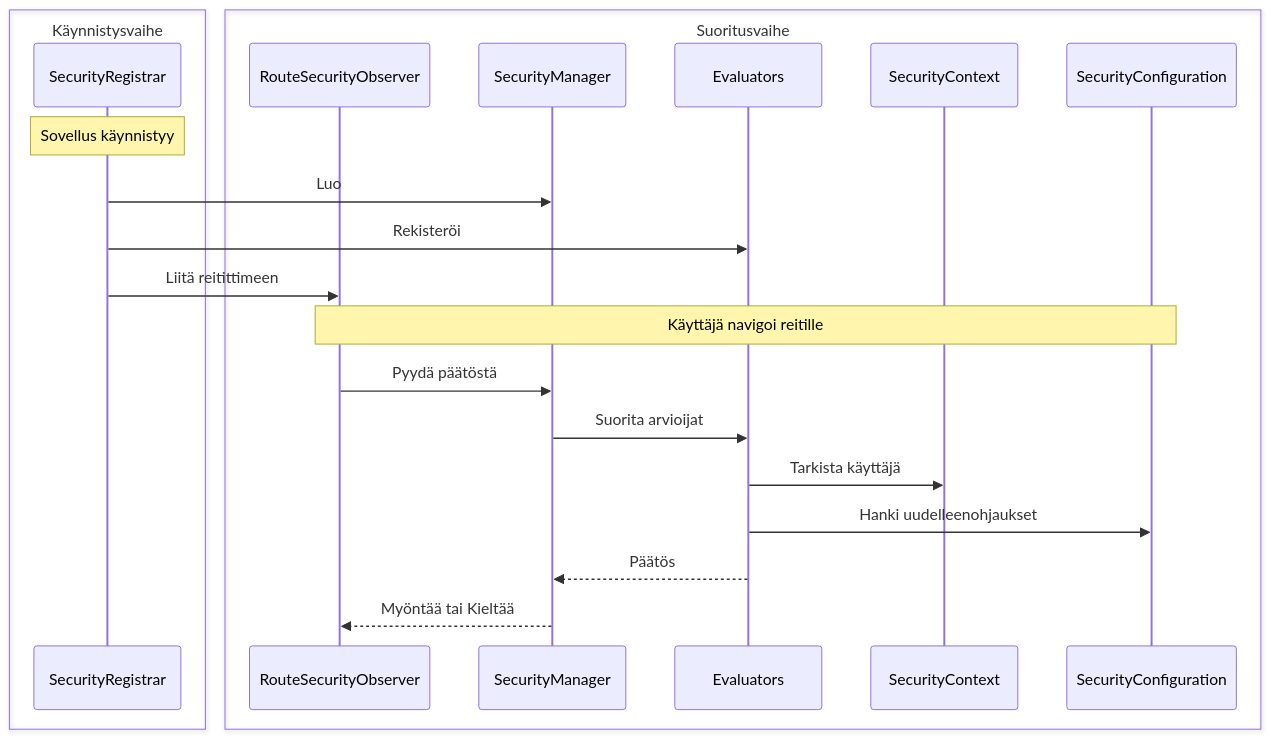
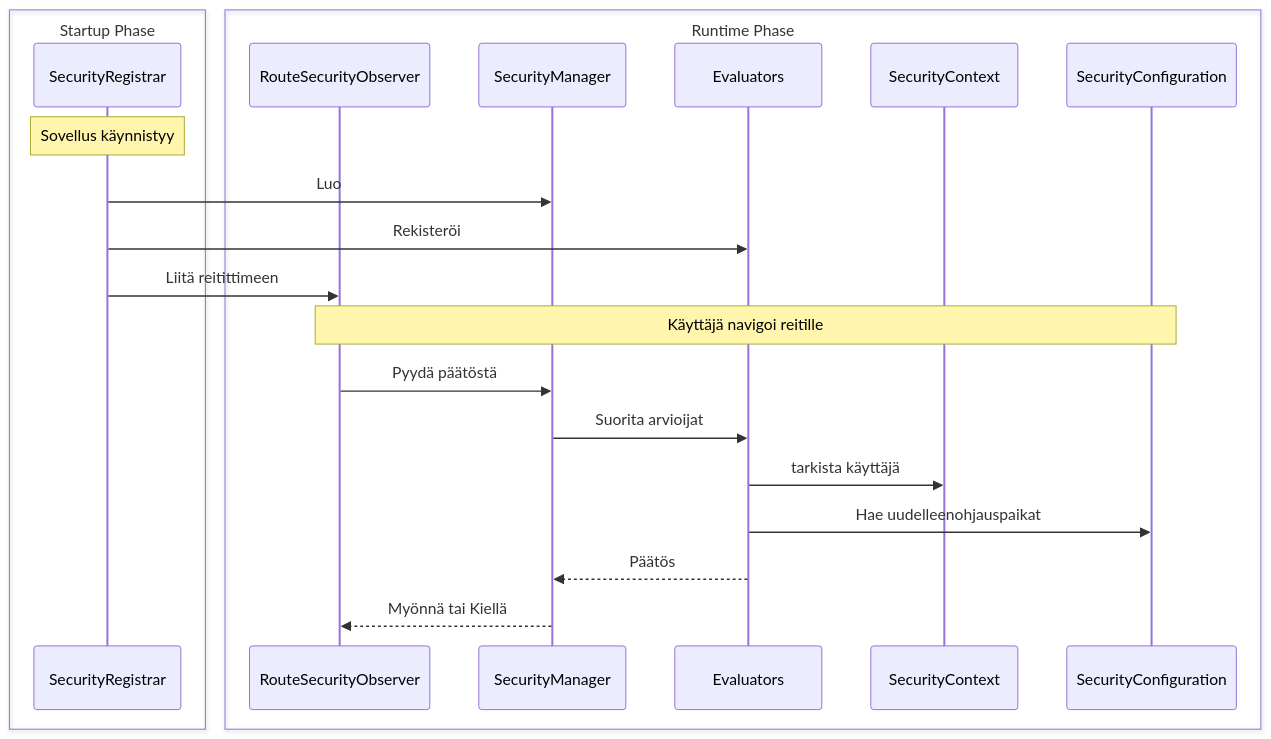
The diagram in docs/i18n/fi/docusaurus-plugin-content-docs/current/security/architecture/custom-implementation.md (webforj/webforj-documentation), drawn with Mermaid before and after one commit. The commit also changed other lines of this file and 209 other files, not shown here.

````diff
--- a/docs/i18n/fi/docusaurus-plugin-content-docs/current/security/architecture/custom-implementation.md
+++ b/docs/i18n/fi/docusaurus-plugin-content-docs/current/security/architecture/custom-implementation.md
@@ -25,26 +25,26 @@
 ```mermaid
 sequenceDiagram
-    box Käynnistysvaihe
+    box Startup Phase
     participant Registrar as SecurityRegistrar
     end
-    box Suoritusvaihe
+    box Runtime Phase
     participant Observer as RouteSecurityObserver
     participant Manager as SecurityManager
     participant Evaluators
     participant Context as SecurityContext
     participant Config as SecurityConfiguration
     end
 
     Note over Registrar: Sovellus käynnistyy
     Registrar->>Manager: Luo
     Registrar->>Evaluators: Rekisteröi
     Registrar->>Observer: Liitä reitittimeen
 
     Note over Observer,Config: Käyttäjä navigoi reitille
     Observer->>Manager: Pyydä päätöstä
     Manager->>Evaluators: Suorita arvioijat
-    Evaluators->>Context: Tarkista käyttäjä
-    Evaluators->>Config: Hanki uudelleenohjaukset
+    Evaluators->>Context: tarkista käyttäjä
+    Evaluators->>Config: Hae uudelleenohjauspaikat
     Evaluators-->>Manager: Päätös
-    Manager-->>Observer: Myöntää tai Kieltää
+    Manager-->>Observer: Myönnä tai Kiellä
 ```
````
